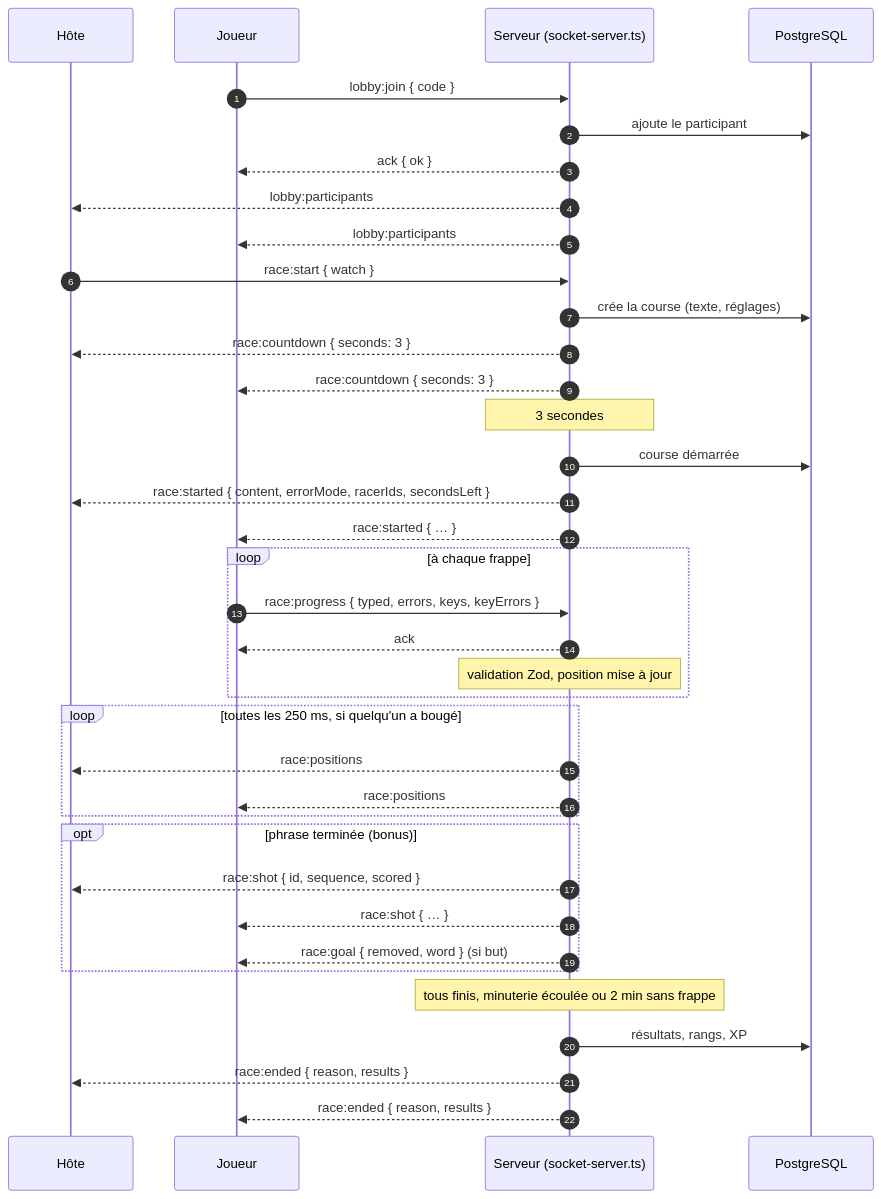
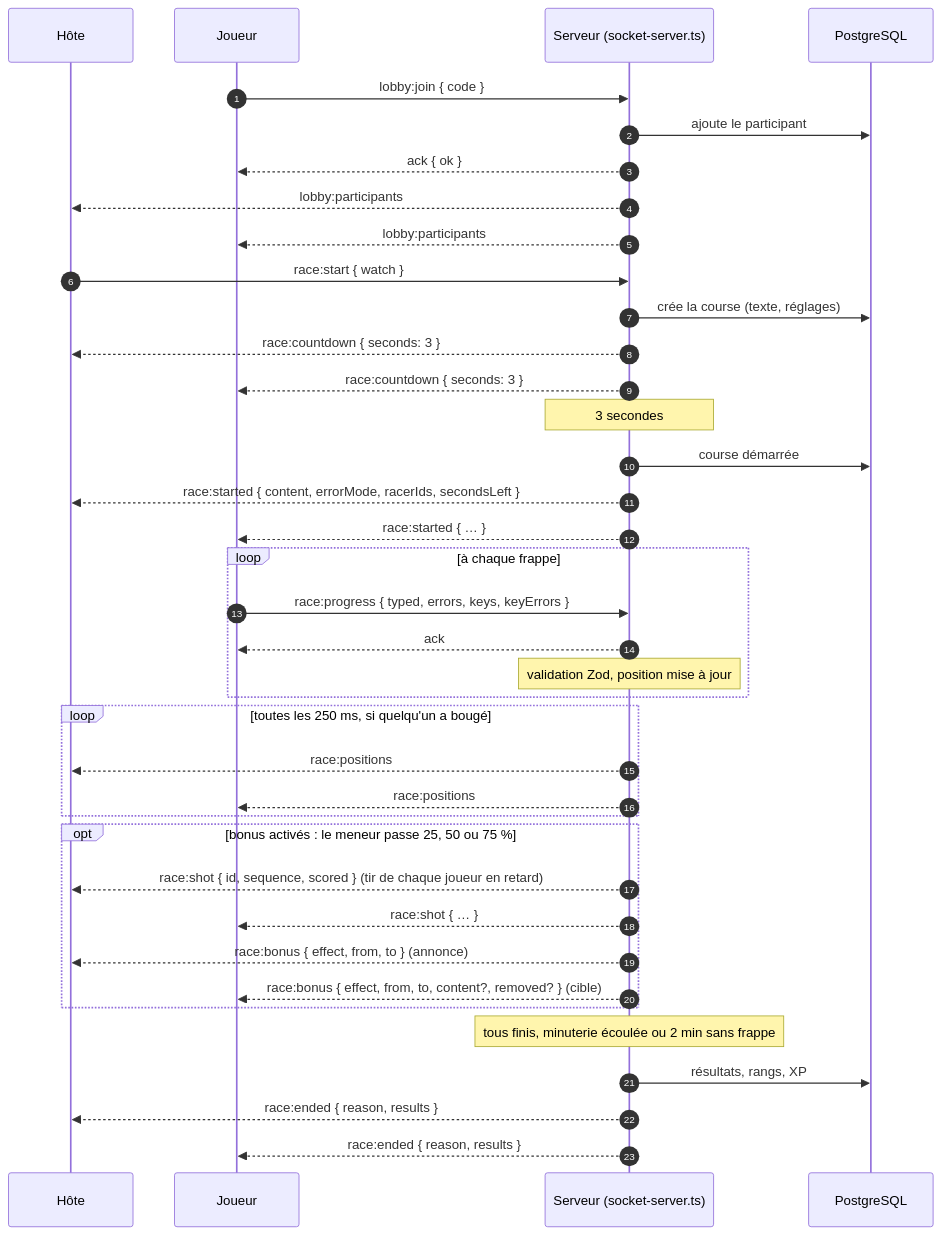
The fourth of 4 diagrams in docs/ARCHITECTURE.md (Madlodon/taype-in), drawn with Mermaid before and after one commit. The commit also changed other lines of this file and 1 other file, not shown here.

Commit message:
Document checkpoint bonus rules

````diff
--- a/docs/ARCHITECTURE.md
+++ b/docs/ARCHITECTURE.md
@@ -208,43 +208,44 @@
 ```mermaid
 sequenceDiagram
     autonumber
     participant H as Hôte
     participant J as Joueur
     participant S as Serveur (socket-server.ts)
     participant DB as PostgreSQL
 
     J->>S: lobby:join { code }
     S->>DB: ajoute le participant
     S-->>J: ack { ok }
     S-->>H: lobby:participants
     S-->>J: lobby:participants
 
     H->>S: race:start { watch }
     S->>DB: crée la course (texte, réglages)
     S-->>H: race:countdown { seconds: 3 }
     S-->>J: race:countdown { seconds: 3 }
     Note over S: 3 secondes
     S->>DB: course démarrée
     S-->>H: race:started { content, errorMode, racerIds, secondsLeft }
     S-->>J: race:started { … }
 
     loop à chaque frappe
         J->>S: race:progress { typed, errors, keys, keyErrors }
         S-->>J: ack
         Note over S: validation Zod, position mise à jour
     end
     loop toutes les 250 ms, si quelqu'un a bougé
         S-->>H: race:positions
         S-->>J: race:positions
     end
-    opt phrase terminée (bonus)
-        S-->>H: race:shot { id, sequence, scored }
+    opt bonus activés : le meneur passe 25, 50 ou 75 %
+        S-->>H: race:shot { id, sequence, scored } (tir de chaque joueur en retard)
         S-->>J: race:shot { … }
-        S-->>J: race:goal { removed, word } (si but)
+        S-->>H: race:bonus { effect, from, to } (annonce)
+        S-->>J: race:bonus { effect, from, to, content?, removed? } (cible)
     end
 
     Note over S: tous finis, minuterie écoulée ou 2 min sans frappe
     S->>DB: résultats, rangs, XP
     S-->>H: race:ended { reason, results }
     S-->>J: race:ended { reason, results }
 ```
````
